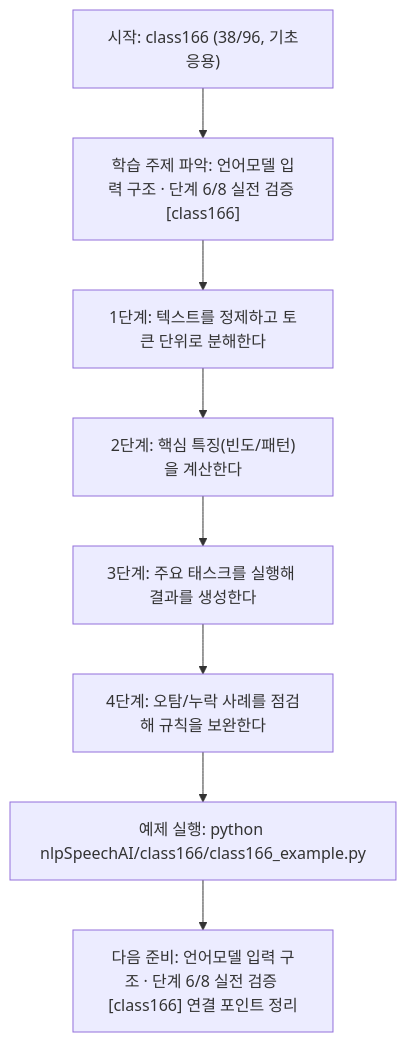
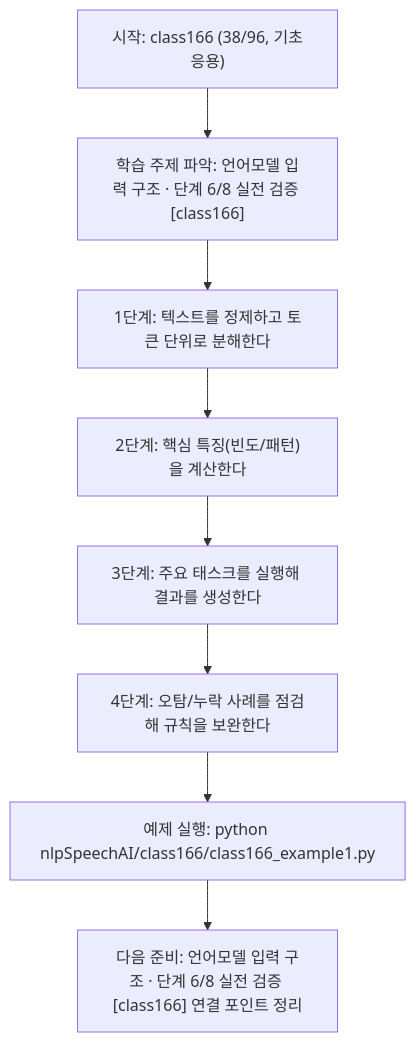
Before and after one commit to edumgt/Python-AI_Agent-Class: the diagram in nlpSpeechAI/class166/class166.md, drawn with Mermaid. The commit also changed other lines of this file and 2959 other files, not shown here.

````diff
--- a/nlpSpeechAI/class166/class166.md
+++ b/nlpSpeechAI/class166/class166.md
@@ -114,18 +114,18 @@
 ```mermaid
 flowchart TD
 N1["시작: class166 (38/96, 기초응용)"]
 N2["학습 주제 파악: 언어모델 입력 구조 · 단계 6/8 실전 검증 [class166]"]
 N3["1단계: 텍스트를 정제하고 토큰 단위로 분해한다"]
 N4["2단계: 핵심 특징(빈도/패턴)을 계산한다"]
 N5["3단계: 주요 태스크를 실행해 결과를 생성한다"]
 N6["4단계: 오탐/누락 사례를 점검해 규칙을 보완한다"]
-N7["예제 실행: python nlpSpeechAI/class166/class166_example.py"]
+N7["예제 실행: python nlpSpeechAI/class166/class166_example1.py"]
 N8["다음 준비: 언어모델 입력 구조 · 단계 6/8 실전 검증 [class166] 연결 포인트 정리"]
 N1 --> N2
 N2 --> N3
 N3 --> N4
 N4 --> N5
 N5 --> N6
 N6 --> N7
 N7 --> N8
 ```
````
